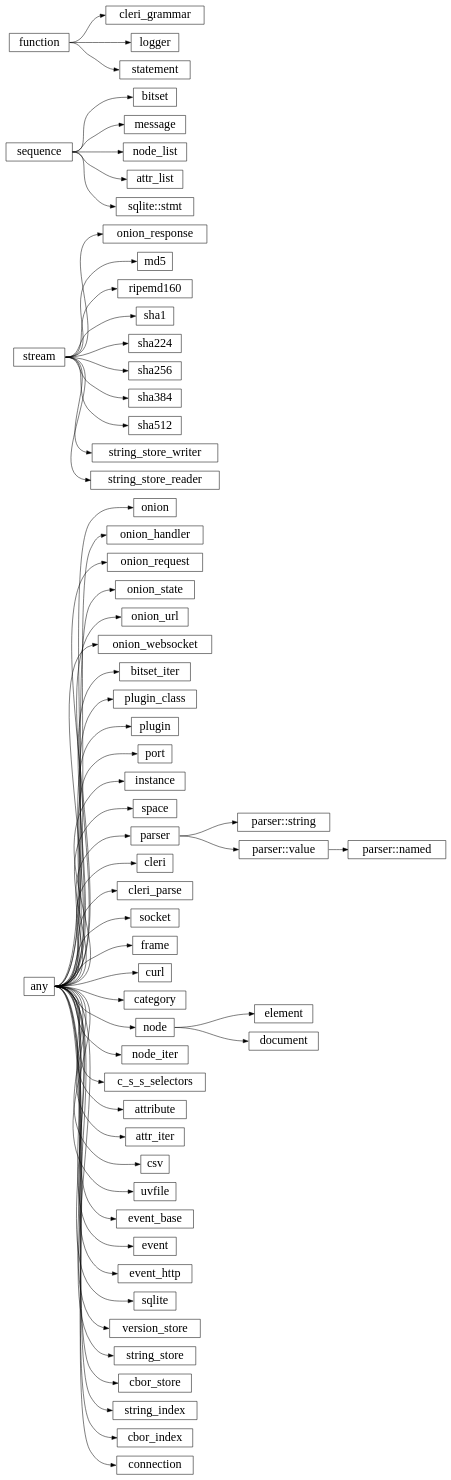
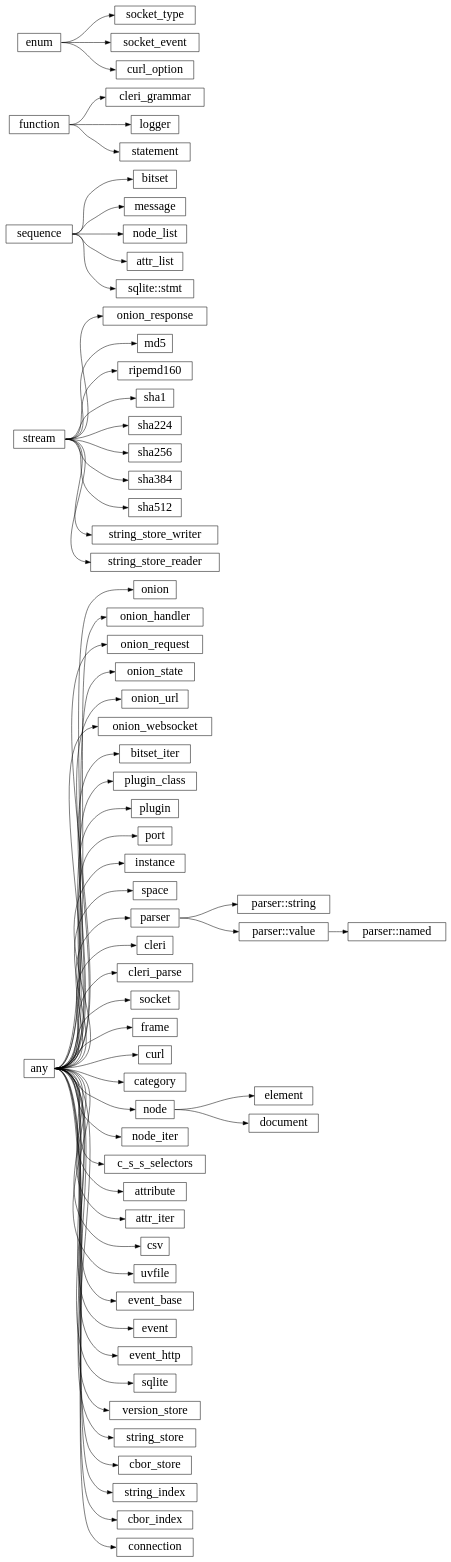
The diagram in docs/library/hierarchy.rst (wrapl/minilang-libs), drawn with Graphviz before and after one commit. The commit also changed 12 other files, not shown here.

```diff
--- a/docs/library/hierarchy.rst
+++ b/docs/library/hierarchy.rst
@@ -5,70 +5,73 @@
 .. graphviz::
 
    digraph hierarchy {
       rankdir="LR";
       fontsize="40pt"
       concentrate=true;
       overlap=false;
       packMode="node";
       outputorder="edgesfirst";
       node [shape=box,fontsize=24];
       "any":e -> "onion":w;
       "any":e -> "onion_handler":w;
       "any":e -> "onion_request":w;
       "stream":e -> "onion_response":w;
       "any":e -> "onion_state":w;
       "any":e -> "onion_url":w;
       "any":e -> "onion_websocket":w;
       "sequence":e -> "bitset":w;
       "any":e -> "bitset_iter":w;
       "any":e -> "plugin_class":w;
       "any":e -> "plugin":w;
       "any":e -> "port":w;
       "any":e -> "instance":w;
       "any":e -> "space":w;
       "any":e -> "parser":w;
       "parser":e -> "parser::string":w;
       "parser":e -> "parser::value":w;
       "parser::value":e -> "parser::named":w;
       "any":e -> "cleri":w;
       "any":e -> "cleri_parse":w;
       "function":e -> "cleri_grammar":w;
       "any":e -> "socket":w;
+      "enum":e -> "socket_type":w;
+      "enum":e -> "socket_event":w;
       "any":e -> "frame":w;
       "sequence":e -> "message":w;
       "any":e -> "curl":w;
+      "enum":e -> "curl_option":w;
       "function":e -> "logger":w;
       "any":e -> "category":w;
       "any":e -> "node":w;
       "sequence":e -> "node_list":w;
       "any":e -> "node_iter":w;
       "any":e -> "c_s_s_selectors":w;
       "node":e -> "element":w;
       "any":e -> "attribute":w;
       "sequence":e -> "attr_list":w;
       "any":e -> "attr_iter":w;
       "node":e -> "document":w;
       "any":e -> "csv":w;
       "any":e -> "uvfile":w;
       "any":e -> "event_base":w;
       "any":e -> "event":w;
       "any":e -> "event_http":w;
       "stream":e -> "md5":w;
       "stream":e -> "ripemd160":w;
       "stream":e -> "sha1":w;
       "stream":e -> "sha224":w;
       "stream":e -> "sha256":w;
       "stream":e -> "sha384":w;
       "stream":e -> "sha512":w;
       "any":e -> "sqlite":w;
       "sequence":e -> "sqlite::stmt":w;
       "any":e -> "version_store":w;
       "any":e -> "string_store":w;
       "stream":e -> "string_store_writer":w;
       "stream":e -> "string_store_reader":w;
       "any":e -> "cbor_store":w;
       "any":e -> "string_index":w;
       "any":e -> "cbor_index":w;
       "any":e -> "connection":w;
       "function":e -> "statement":w;
    }
```
